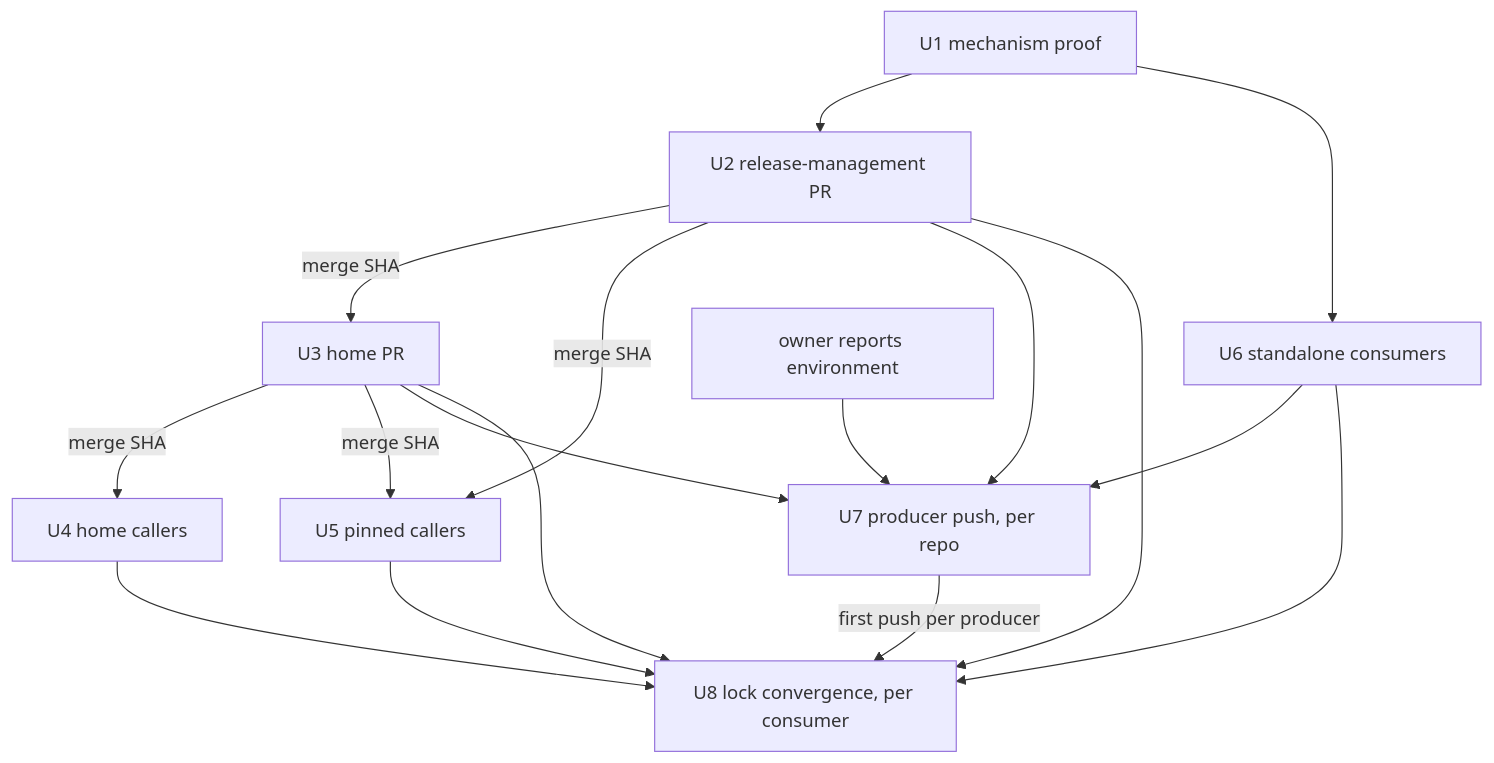
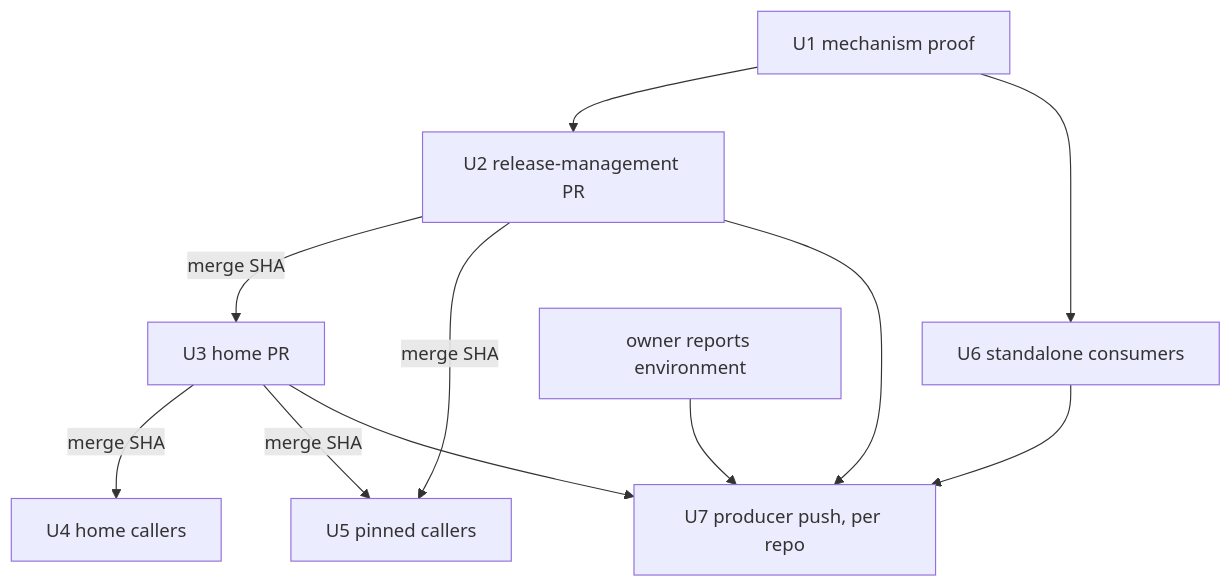
Before and after one commit to systemfsoftware/systemfsoftware: the diagram in docs/plans/2026-11-10-0245-ci-public-nix-cache-rollout-plan.md, drawn with Mermaid. The commit also changed other lines of this file, not shown here.

First line of the commit message:
docs(plans): remove lock convergence and resolve third-round doc-review findings

````diff
--- a/docs/plans/2026-11-10-0245-ci-public-nix-cache-rollout-plan.md
+++ b/docs/plans/2026-11-10-0245-ci-public-nix-cache-rollout-plan.md
@@ -160,19 +158,13 @@
 ```mermaid
 flowchart TB
   U1[U1 mechanism proof] --> U2[U2 release-management PR]
   U2 -->|merge SHA| U3[U3 home PR]
   U2 -->|merge SHA| U5[U5 pinned callers]
   U3 -->|merge SHA| U4[U4 home callers]
   U3 -->|merge SHA| U5
   U1 --> U6[U6 standalone consumers]
   U2 --> U7[U7 producer push, per repo]
   U3 --> U7
   U6 --> U7
   OWN[owner reports environment] --> U7
-  U2 --> U8[U8 lock convergence, per consumer]
-  U3 --> U8
-  U6 --> U8
-  U4 --> U8
-  U5 --> U8
-  U7 -->|first push per producer| U8
 ```
````
